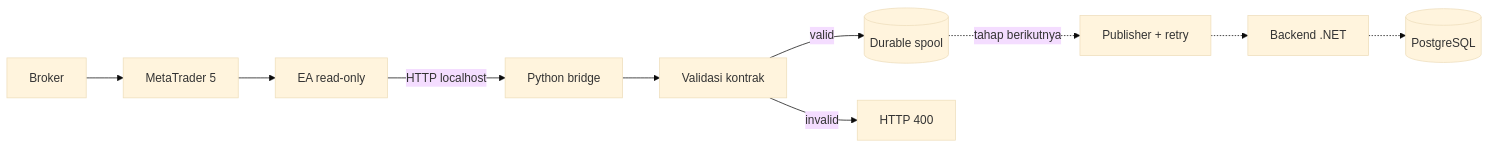
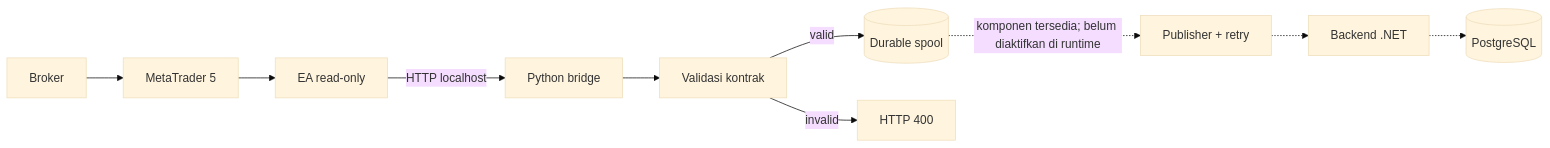
Before and after one commit to philipwanderrienov/AI-Forex: the first of 2 diagrams in mt5-bridge/FLOW.md, drawn with Mermaid (base theme). The commit also changed other lines of this file and 11 other files, not shown here.

````diff
--- a/mt5-bridge/FLOW.md
+++ b/mt5-bridge/FLOW.md
@@ -9,12 +9,12 @@
 ```mermaid
 flowchart LR
     Broker[Broker] --> MT5[MetaTrader 5]
     MT5 --> EA[EA read-only]
     EA -->|HTTP localhost| Receiver[Python bridge]
     Receiver --> Validator[Validasi kontrak]
     Validator -->|valid| Spool[(Durable spool)]
     Validator -->|invalid| Reject[HTTP 400]
-    Spool -.->|tahap berikutnya| Publisher[Publisher + retry]
+    Spool -.->|komponen tersedia; belum diaktifkan di runtime| Publisher[Publisher + retry]
     Publisher -.-> Backend[Backend .NET]
     Backend -.-> Database[(PostgreSQL)]
 ```
````
